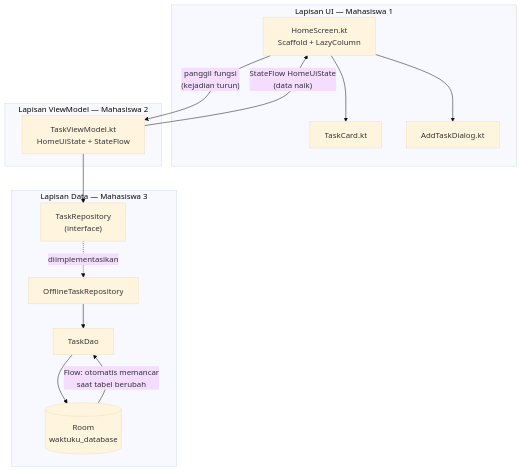
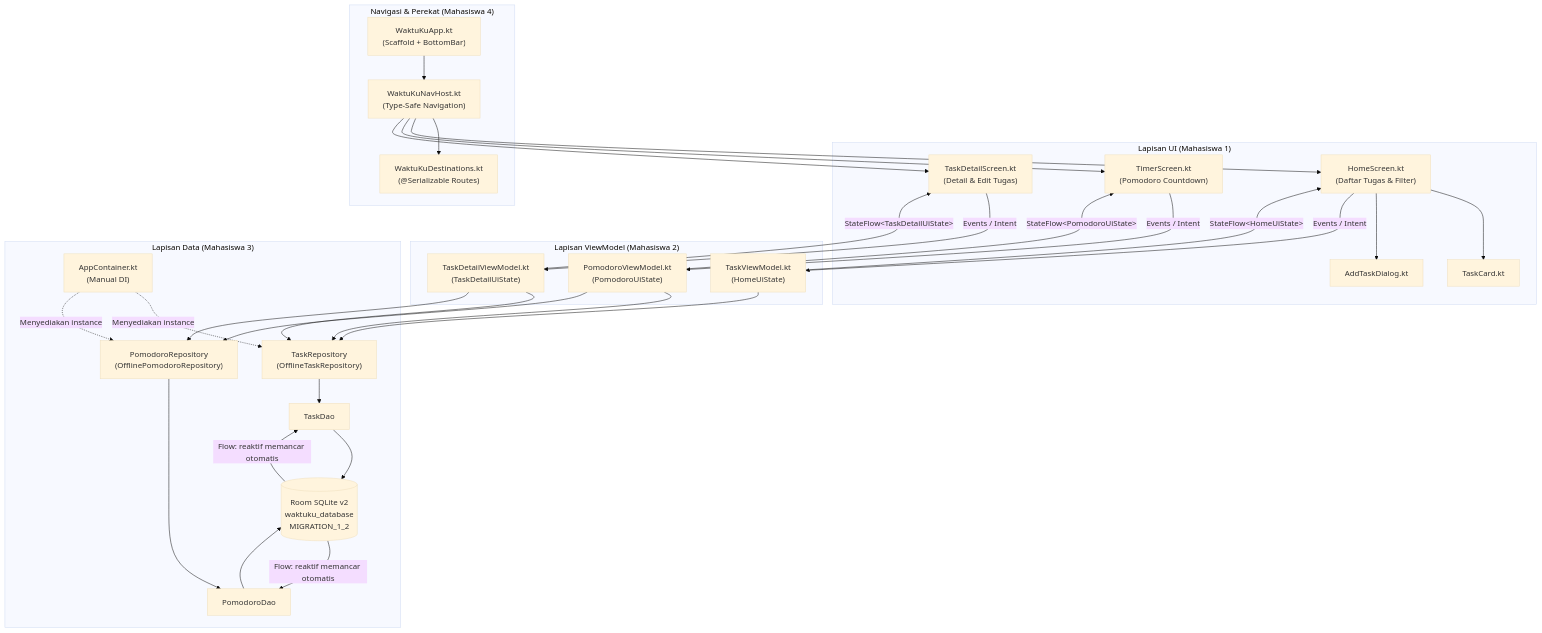
The first of 2 diagrams in DOKUMENTASI.md (HafizhRaditya/projek_matakuliah_pemogramanmobile_kel6), drawn with Mermaid (base theme) before and after one commit. The commit also changed other lines of this file, not shown here.

Commit message:
docs(u6): sinkronisasi DOKUMENTASI.md status UTS dan Room v2

````diff
--- a/DOKUMENTASI.md
+++ b/DOKUMENTASI.md
@@ -74,29 +108,63 @@
 ```mermaid
 flowchart TD
-    subgraph UI["Lapisan UI — Mahasiswa 1"]
-        HS["HomeScreen.kt<br/>Scaffold + LazyColumn"]
+    subgraph UI["Lapisan UI (Mahasiswa 1)"]
+        HS["HomeScreen.kt<br/>(Daftar Tugas & Filter)"]
+        TS["TimerScreen.kt<br/>(Pomodoro Countdown)"]
+        TDS["TaskDetailScreen.kt<br/>(Detail & Edit Tugas)"]
         TC["TaskCard.kt"]
         ATD["AddTaskDialog.kt"]
     end
 
-    subgraph VM["Lapisan ViewModel — Mahasiswa 2"]
-        TVM["TaskViewModel.kt<br/>HomeUiState + StateFlow"]
+    subgraph NAV["Navigasi & Perekat (Mahasiswa 4)"]
+        APP["WaktuKuApp.kt<br/>(Scaffold + BottomBar)"]
+        HOST["WaktuKuNavHost.kt<br/>(Type-Safe Navigation)"]
+        DEST["WaktuKuDestinations.kt<br/>(@Serializable Routes)"]
     end
 
-    subgraph DATA["Lapisan Data — Mahasiswa 3"]
-        REPO["TaskRepository<br/>(interface)"]
-        IMPL["OfflineTaskRepository"]
-        DAO["TaskDao"]
-        DB[("Room<br/>waktuku_database")]
+    subgraph VM["Lapisan ViewModel (Mahasiswa 2)"]
+        TVM["TaskViewModel.kt<br/>(HomeUiState)"]
+        PVM["PomodoroViewModel.kt<br/>(PomodoroUiState)"]
+        TDVM["TaskDetailViewModel.kt<br/>(TaskDetailUiState)"]
     end
 
-    HS -->|"panggil fungsi<br/>(kejadian turun)"| TVM
-    TVM -->|"StateFlow HomeUiState<br/>(data naik)"| HS
+    subgraph DATA["Lapisan Data (Mahasiswa 3)"]
+        TREPO["TaskRepository<br/>(OfflineTaskRepository)"]
+        PREPO["PomodoroRepository<br/>(OfflinePomodoroRepository)"]
+        TDAO["TaskDao"]
+        PDAO["PomodoroDao"]
+        DB[("Room SQLite v2<br/>waktuku_database<br/>MIGRATION_1_2")]
+        DI["AppContainer.kt<br/>(Manual DI)"]
+    end
+
+    APP --> HOST
+    HOST --> DEST
+    HOST --> HS
+    HOST --> TS
+    HOST --> TDS
+
     HS --> TC
     HS --> ATD
-    TVM --> REPO
-    REPO -.->|diimplementasikan| IMPL
-    IMPL --> DAO
-    DAO --> DB
-    DB -->|"Flow: otomatis memancar<br/>saat tabel berubah"| DAO
+
+    HS -->|"Events / Intent"| TVM
+    TS -->|"Events / Intent"| PVM
+    TDS -->|"Events / Intent"| TDVM
+
+    TVM -->|"StateFlow&lt;HomeUiState&gt;"| HS
+    PVM -->|"StateFlow&lt;PomodoroUiState&gt;"| TS
+    TDVM -->|"StateFlow&lt;TaskDetailUiState&gt;"| TDS
+
+    TVM --> TREPO
+    PVM --> TREPO
+    PVM --> PREPO
+    TDVM --> TREPO
+    TDVM --> PREPO
+
+    TREPO --> TDAO
+    PREPO --> PDAO
+    TDAO --> DB
+    PDAO --> DB
+    DB -->|"Flow: reaktif memancar otomatis"| TDAO
+    DB -->|"Flow: reaktif memancar otomatis"| PDAO
+    DI -.->|"Menyediakan instance"| TREPO
+    DI -.->|"Menyediakan instance"| PREPO
 ```
````
